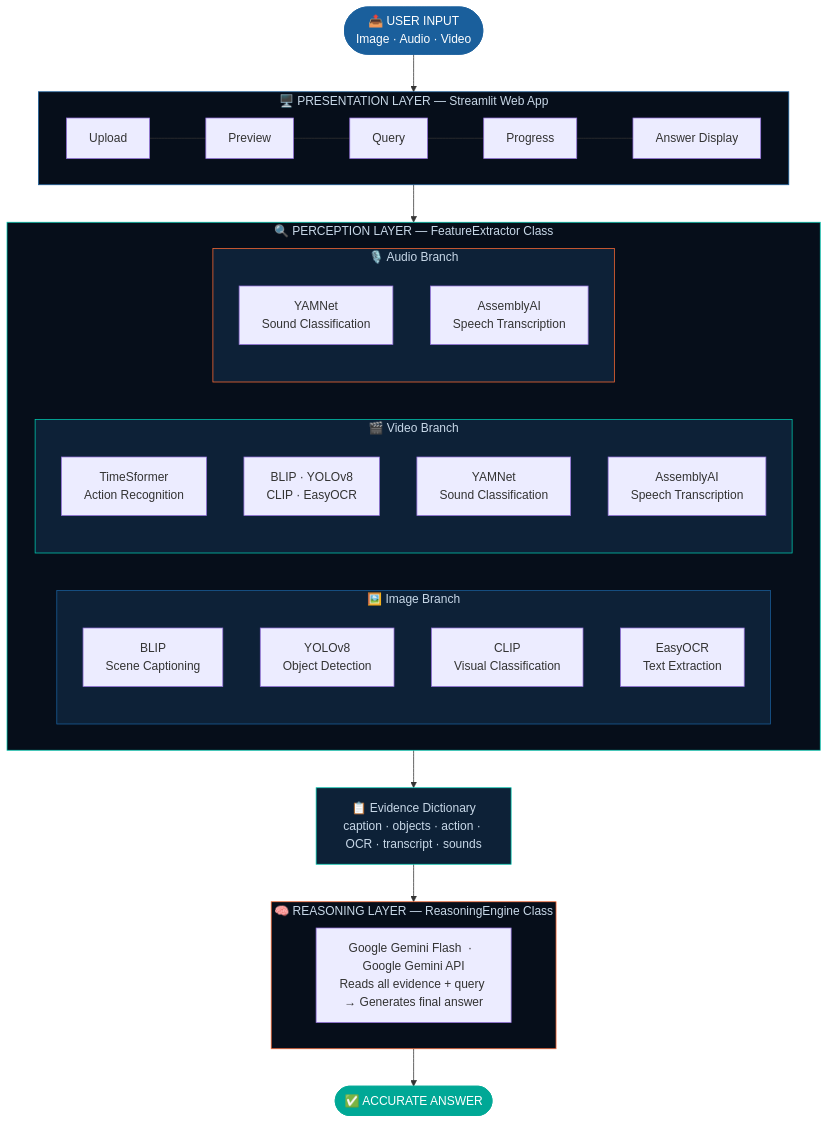
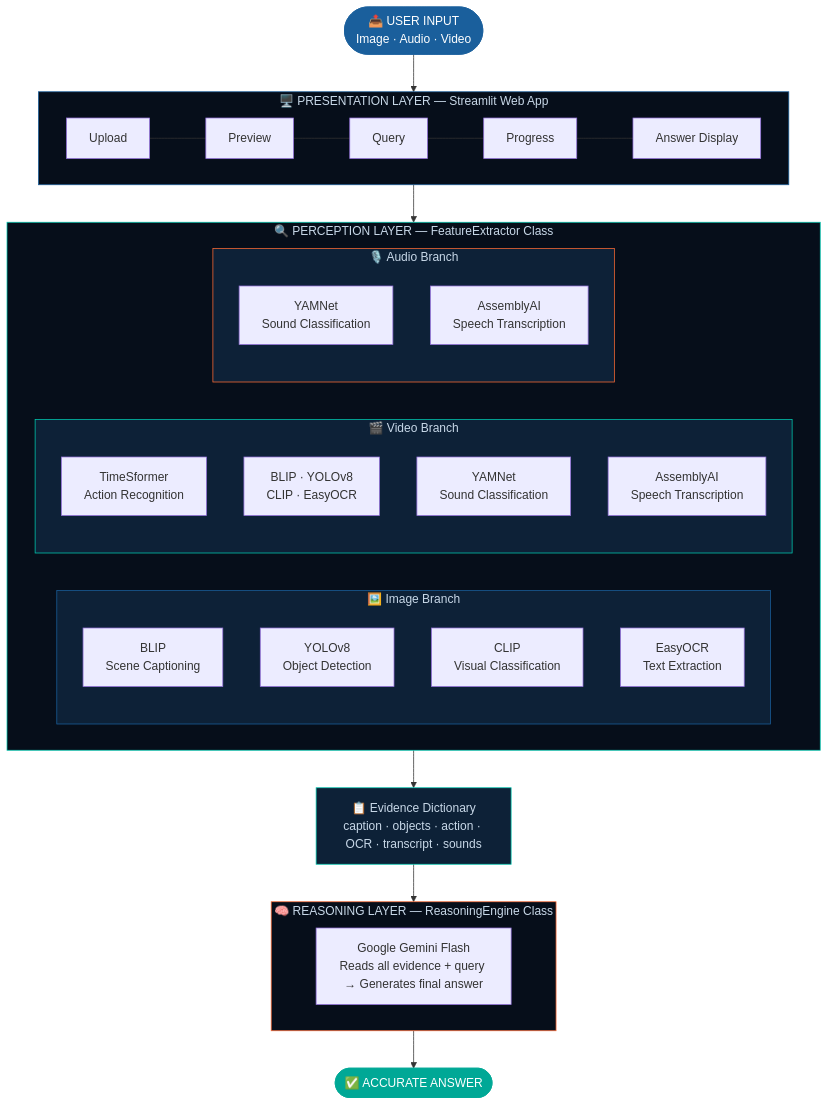
The diagram in README.md (vaibhavsimha-j/Fluxora), drawn with Mermaid before and after one commit.

````diff
--- a/README.md
+++ b/README.md
@@ -35,53 +35,53 @@
 ```mermaid
 flowchart TD
     A([" 📤 USER INPUT\nImage · Audio · Video "]) --> B
 
     subgraph B["🖥️ PRESENTATION LAYER — Streamlit Web App"]
         B1[Upload] --- B2[Preview] --- B3[Query] --- B4[Progress] --- B5[Answer Display]
     end
 
     B --> C
 
     subgraph C["🔍 PERCEPTION LAYER — FeatureExtractor Class"]
         direction LR
 
         subgraph IMG["🖼️ Image Branch"]
             I1[BLIP\nScene Captioning]
             I2[YOLOv8\nObject Detection]
             I3[CLIP\nVisual Classification]
             I4[EasyOCR\nText Extraction]
         end
 
         subgraph VID["🎬 Video Branch"]
             V1[TimeSformer\nAction Recognition]
             V2[BLIP · YOLOv8\nCLIP · EasyOCR]
             V3[YAMNet\nSound Classification]
             V4[AssemblyAI\nSpeech Transcription]
         end
 
         subgraph AUD["🎙️ Audio Branch"]
             A1[YAMNet\nSound Classification]
             A2[AssemblyAI\nSpeech Transcription]
         end
     end
 
     C --> D["📋 Evidence Dictionary\ncaption · objects · action · OCR · transcript · sounds"]
 
     D --> E
 
     subgraph E["🧠 REASONING LAYER — ReasoningEngine Class"]
-        E1["Google Gemini Flash  ·  Google Gemini API\nReads all evidence + query → Generates final answer"]
+        E1["Google Gemini Flash\nReads all evidence + query → Generates final answer"]
     end
 
     E --> F([" ✅ ACCURATE ANSWER "])
 
     style A fill:#1A5F9C,color:#fff,stroke:#1A5F9C
     style F fill:#00A896,color:#fff,stroke:#00A896
     style D fill:#0D2137,color:#C8D8E8,stroke:#00C9B1
     style IMG fill:#0D2137,color:#C8D8E8,stroke:#1A5F9C
     style VID fill:#0D2137,color:#C8D8E8,stroke:#00C9B1
     style AUD fill:#0D2137,color:#C8D8E8,stroke:#FF6B35
     style B fill:#060E1A,color:#C8D8E8,stroke:#1A5F9C
     style C fill:#060E1A,color:#C8D8E8,stroke:#00C9B1
     style E fill:#060E1A,color:#C8D8E8,stroke:#FF6B35
 ```
````
